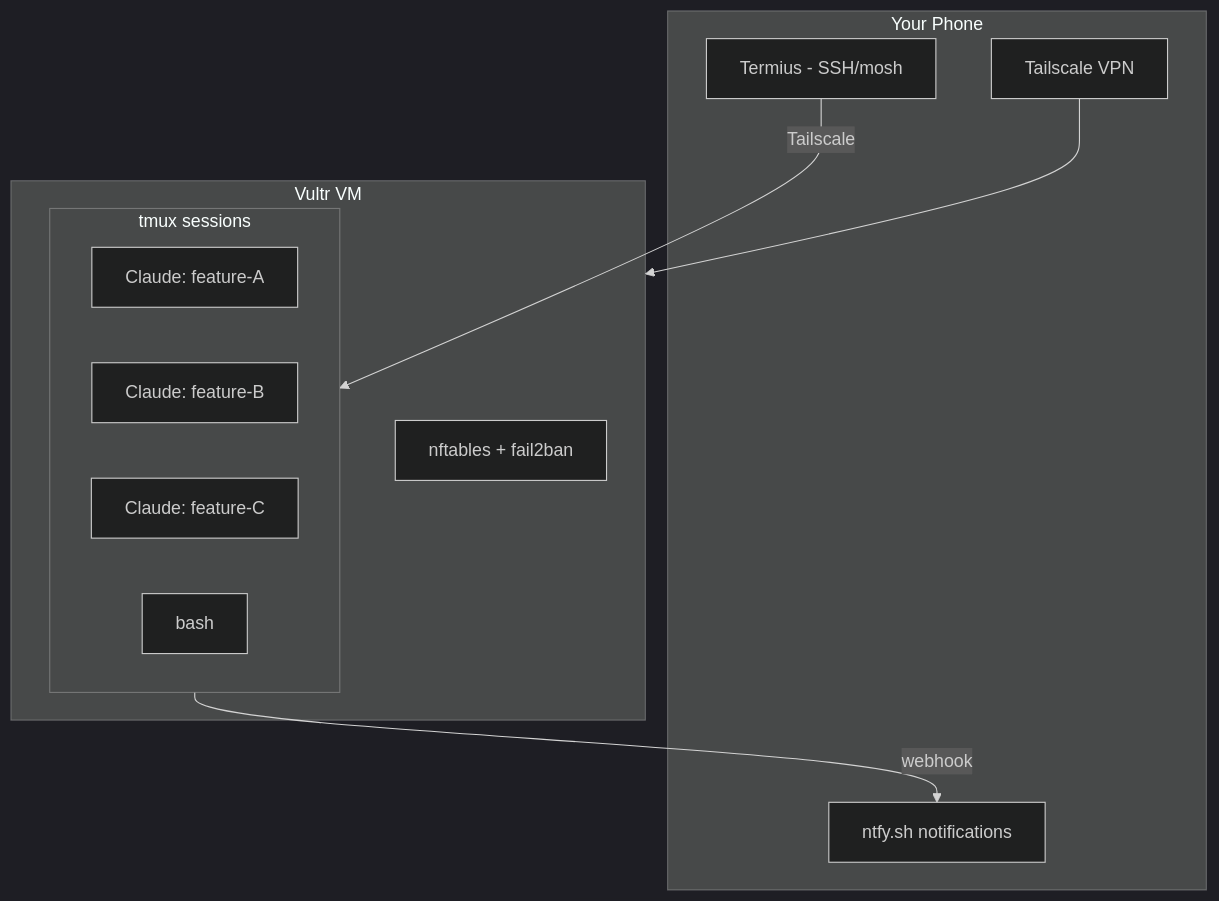
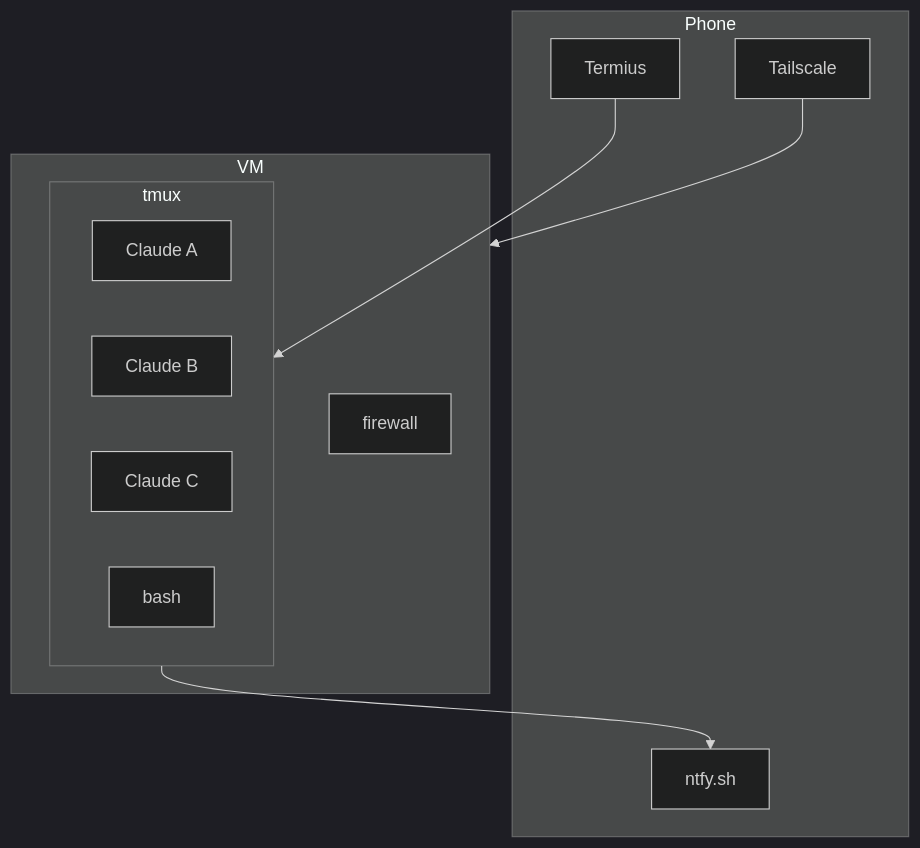
Before and after one commit to victoremnm/claude-code-mobile: the second of 2 diagrams in README.md, drawn with Mermaid (dark theme). The commit also changed 1 other file, not shown here.

Commit message:
Simplify Mermaid diagrams and add render validation
- Simplified architecture diagram (removed quotes, shorter labels)
- Added actual SVG rendering test using mmdc (mermaid-cli)
- Both diagrams now verified to render correctly

Total tests: 30 (17 unit + 13 integration)

🤖 Generated with [Claude Code](https://claude.com/claude-code)

````diff
--- a/README.md
+++ b/README.md
@@ -160,22 +160,22 @@
 ```mermaid
 flowchart TB
-    subgraph Phone[Your Phone]
-        Termius[Termius - SSH/mosh]
-        TSPhone[Tailscale VPN]
-        ntfy[ntfy.sh notifications]
+    subgraph Phone
+        Termius
+        TSPhone[Tailscale]
+        ntfy[ntfy.sh]
     end
 
-    subgraph VM[Vultr VM]
-        subgraph tmux[tmux sessions]
-            W1[Claude: feature-A]
-            W2[Claude: feature-B]
-            W3[Claude: feature-C]
+    subgraph VM
+        subgraph tmux
+            W1[Claude A]
+            W2[Claude B]
+            W3[Claude C]
             W4[bash]
         end
-        Security[nftables + fail2ban]
+        FW[firewall]
     end
 
-    Termius -->|Tailscale| tmux
+    Termius --> tmux
     TSPhone --> VM
-    tmux -->|webhook| ntfy
+    tmux --> ntfy
 ```
````
